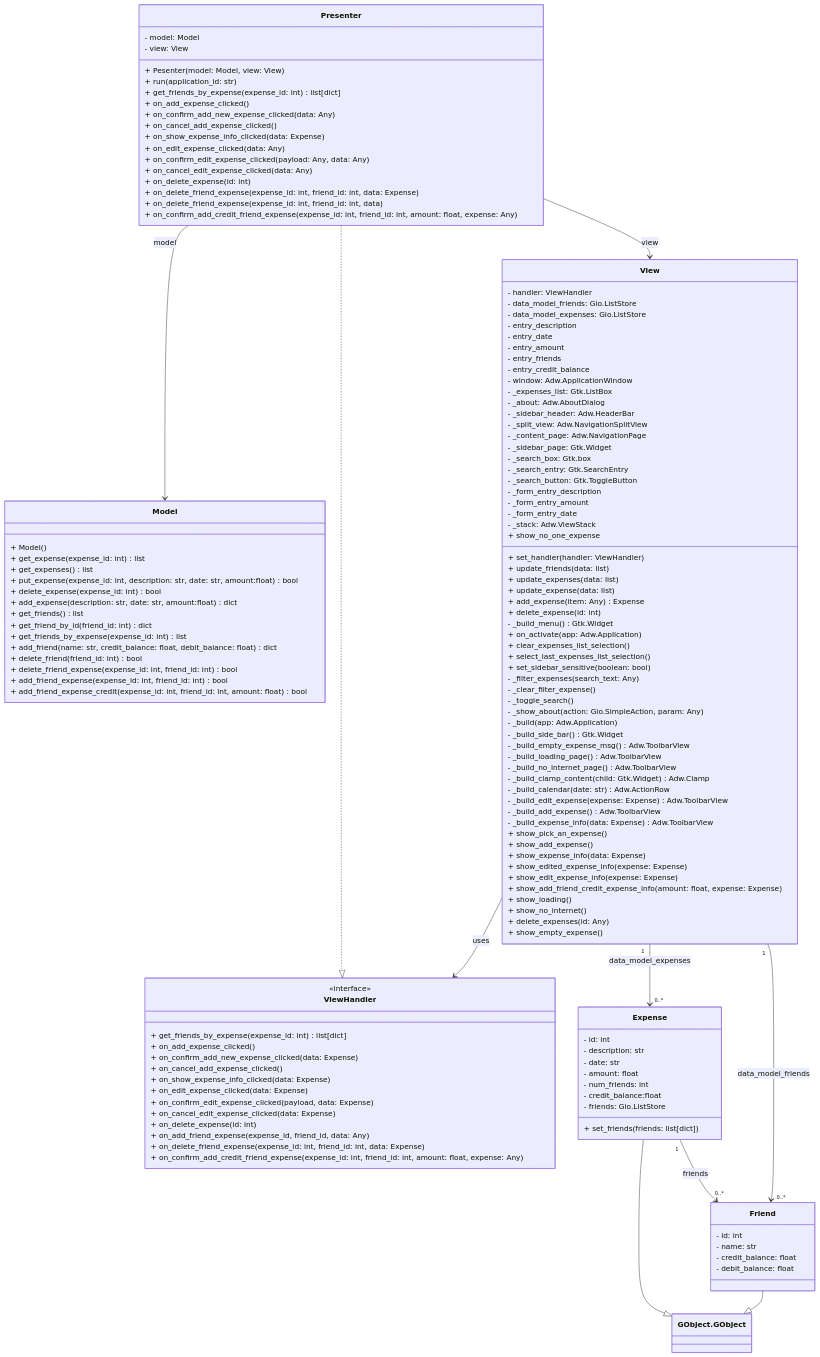
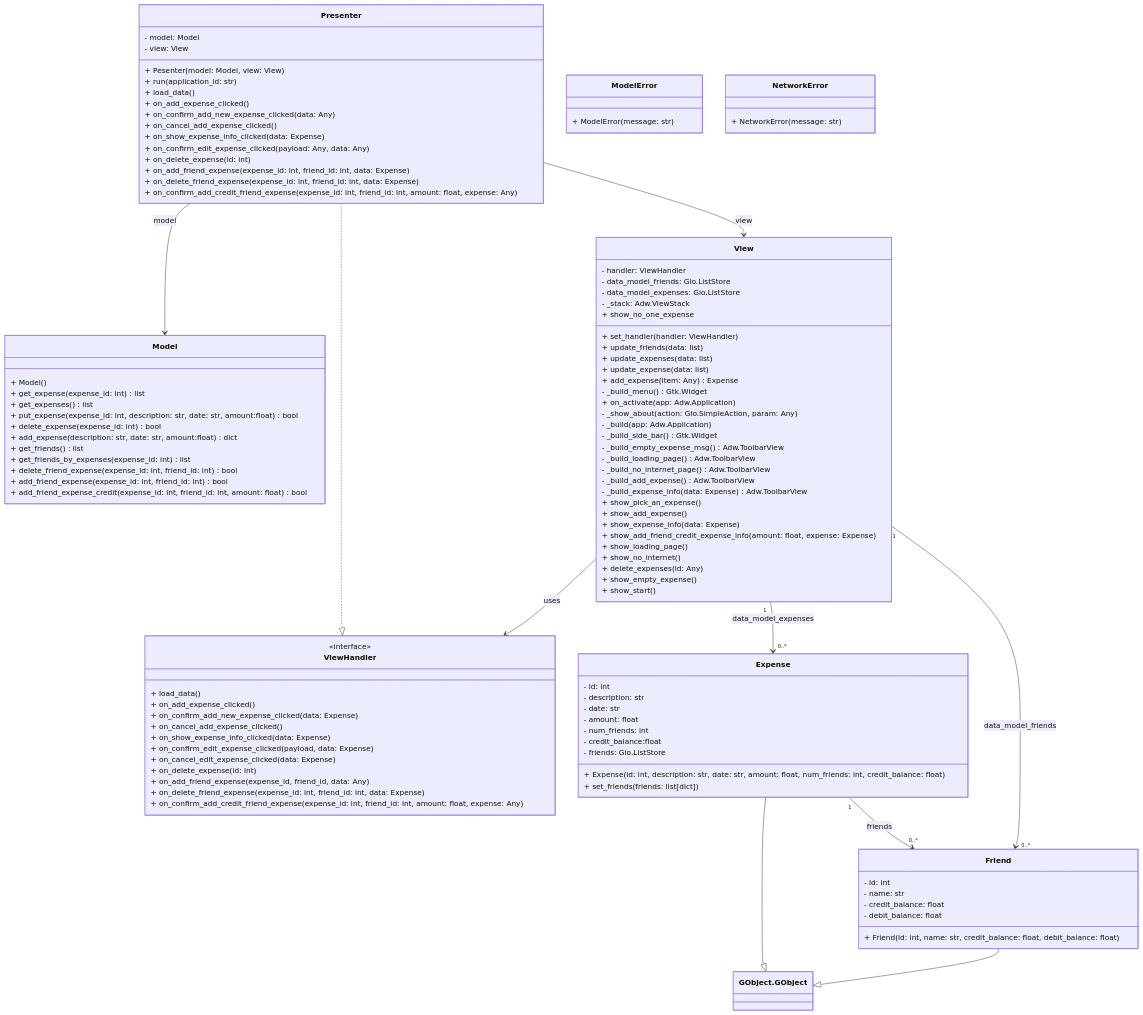
One commit to alexborrazasm/ipm changed the first of 3 diagrams in diseños/diseño_sw.md. Above: the diagram before and after it, drawn with Mermaid. The commit also changed other lines of this file, not shown here.

Commit message:
[DISEÑOS] actualizado diseño_sw

```diff
--- a/diseños/diseño_sw.md
+++ b/diseños/diseño_sw.md
@@ -12,17 +15,15 @@
         - view: View
         + Pesenter(model: Model, view: View)
         + run(application_id: str)
-        + get_friends_by_expense(expense_id: int) list[dict] 
+        + load_data()
         + on_add_expense_clicked() 
         + on_confirm_add_new_expense_clicked(data: Any) 
         + on_cancel_add_expense_clicked() 
         + on_show_expense_info_clicked(data: Expense)
-        + on_edit_expense_clicked(data: Any)
         + on_confirm_edit_expense_clicked(payload: Any, data: Any)
-        + on_cancel_edit_expense_clicked(data: Any)
         + on_delete_expense(id: int)
+        + on_add_friend_expense(expense_id: int, friend_id: int, data: Expense)
         + on_delete_friend_expense(expense_id: int, friend_id: int, data: Expense)
-        + on_delete_friend_expense(expense_id: int, friend_id: int, data)
         + on_confirm_add_credit_friend_expense(expense_id: int, friend_id: int, amount: float, expense: Any)
     }
 
@@ -34,23 +35,27 @@
         + delete_expense(expense_id: int) bool
         + add_expense(description: str, date: str, amount:float) dict
         + get_friends() list
-        + get_friend_by_id(friend_id: int) dict
-        + get_friends_by_expense(expense_id: int) list
-        + add_friend(name: str, credit_balance: float, debit_balance: float) dict
-        + delete_friend(friend_id: int) bool
+        + get_friends_by_expenses(expense_id: int) list
         + delete_friend_expense(expense_id: int, friend_id: int) bool
         + add_friend_expense(expense_id: int, friend_id: int) bool
         + add_friend_expense_credit(expense_id: int, friend_id: int, amount: float) bool
     }
 
+    class ModelError {
+        + ModelError(message: str)
+    }
+
+    class NetworkError {
+        + NetworkError(message: str)
+    }
+
     class ViewHandler {
         <<interface>>
-        + get_friends_by_expense(expense_id: int) list[dict]
+        + load_data()
         + on_add_expense_clicked() 
         + on_confirm_add_new_expense_clicked(data: Expense) 
         + on_cancel_add_expense_clicked()
         + on_show_expense_info_clicked(data: Expense)
-        + on_edit_expense_clicked(data: Expense) 
         + on_confirm_edit_expense_clicked(payload, data: Expense) 
         + on_cancel_edit_expense_clicked(data: Expense) 
         + on_delete_expense(id: int) 
@@ -64,6 +69,7 @@
         - name: str
         - credit_balance: float
         - debit_balance: float
+        + Friend(id: int, name: str, credit_balance: float, debit_balance: float)
     }
 
     class Expense {
@@ -74,6 +80,7 @@
         - num_friends: int
         - credit_balance:float
         - friends: Gio.ListStore
+        + Expense(id: int, description: str, date: str, amount: float, num_friends: int, credit_balance: float)
         + set_friends(friends: list[dict])
     }
 
@@ -81,25 +88,7 @@
         - handler: ViewHandler
         - data_model_friends: Gio.ListStore
         - data_model_expenses: Gio.ListStore
-        - entry_description
-        - entry_date
-        - entry_amount
-        - entry_friends
-        - entry_credit_balance
-
-        - window: Adw.ApplicationWindow
-        - _expenses_list: Gtk.ListBox
-        - _about: Adw.AboutDialog
-        - _sidebar_header: Adw.HeaderBar
-        - _split_view: Adw.NavigationSplitView
-        - _content_page: Adw.NavigationPage
-        - _sidebar_page: Gtk.Widget
-        - _search_box: Gtk.box
-        - _search_entry: Gtk.SearchEntry
-        - _search_button: Gtk.ToggleButton
-        - _form_entry_description
-        - _form_entry_amount
-        - _form_entry_date
+        
         - _stack: Adw.ViewStack
 
         + set_handler(handler: ViewHandler) 
@@ -107,39 +96,28 @@
         + update_expenses(data: list) 
         + update_expense(data: list) 
         + add_expense(item: Any) Expense
-        + delete_expense(id: int) 
         - _build_menu() Gtk.Widget
 
         + on_activate(app: Adw.Application)
-        + clear_expenses_list_selection() 
-        + select_last_expenses_list_selection() 
-        + set_sidebar_sensitive(boolean: bool)
 
-        - _filter_expenses(search_text: Any)
-        - _clear_filter_expense()
-        - _toggle_search()
         - _show_about(action: Gio.SimpleAction, param: Any) 
         - _build(app: Adw.Application)
         - _build_side_bar() Gtk.Widget
         - _build_empty_expense_msg() Adw.ToolbarView
         - _build_loading_page() Adw.ToolbarView
         - _build_no_internet_page() Adw.ToolbarView
-        - _build_clamp_content(child: Gtk.Widget) Adw.Clamp
-        - _build_calendar(date: str) Adw.ActionRow
-        - _build_edit_expense(expense: Expense) Adw.ToolbarView
         - _build_add_expense() Adw.ToolbarView
         - _build_expense_info(data: Expense) Adw.ToolbarView
         + show_pick_an_expense() 
         + show_no_one_expense
         + show_add_expense() 
         + show_expense_info(data: Expense) 
-        + show_edited_expense_info(expense: Expense) 
-        + show_edit_expense_info(expense: Expense) 
         + show_add_friend_credit_expense_info(amount: float, expense: Expense)
-        + show_loading() 
+        + show_loading_page() 
         + show_no_internet() 
         + delete_expenses(id: Any)
         + show_empty_expense()
+        + show_start()
     }
 
     %% Relationships
```
